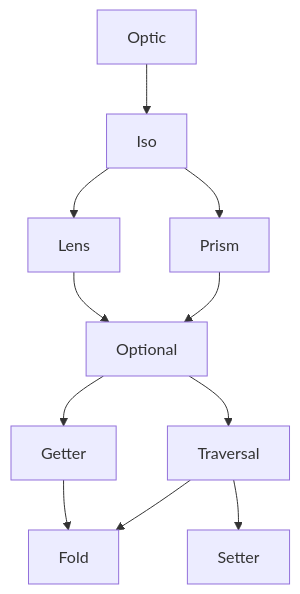
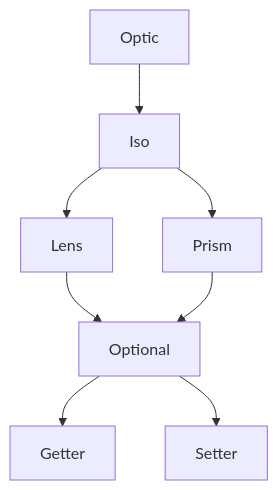
Before and after one commit to fp-ts/optic: the diagram in README.md, drawn with Mermaid. The commit also changed other lines of this file and 4 other files, not shown here.

````diff
--- a/README.md
+++ b/README.md
@@ -19,13 +19,10 @@
 ```mermaid
 flowchart TD
   Optic --> Iso
   Iso --> Lens
   Iso --> Prism
   Lens --> Optional
   Prism --> Optional
-  Optional --> Traversal
   Optional --> Getter
-  Getter --> Fold
-  Traversal --> Fold
-  Traversal --> Setter
+  Optional --> Setter
 ```
````
